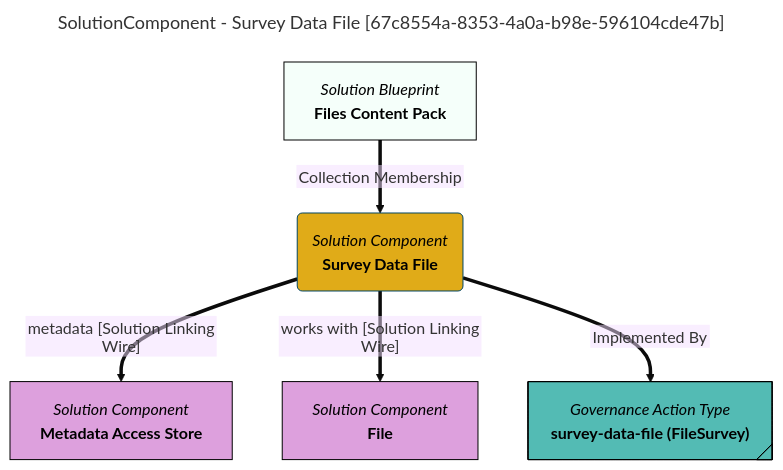
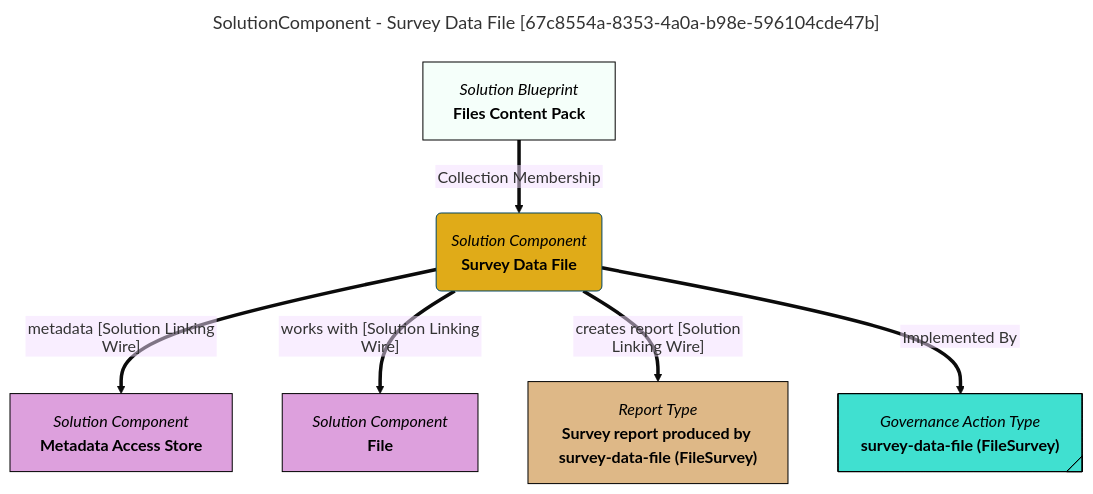
One commit to odpi/egeria-docs changed the diagram in site/snippets/blueprints/components/survey-data-file-mermaid-graph.md. Above: the diagram before and after it, drawn with Mermaid (base theme). The commit also changed 2201 other files, not shown here.

````diff
--- a/site/snippets/blueprints/components/survey-data-file-mermaid-graph.md
+++ b/site/snippets/blueprints/components/survey-data-file-mermaid-graph.md
@@ -1,30 +1,34 @@
 ```mermaid
 ---
 title: SolutionComponent - Survey Data File [67c8554a-8353-4a0a-b98e-596104cde47b]
 ---
 flowchart TD
 %%{init: {"flowchart": {"htmlLabels": false}} }%%
 
 1@{ shape: rounded, label: "*Solution Component*
 **Survey Data File**"}
 2@{ shape: rect, label: "*Solution Blueprint*
 **Files Content Pack**"}
 2==>|"Collection Membership"|1
 3@{ shape: rect, label: "*Solution Component*
 **Metadata Access Store**"}
 1==>|"metadata [Solution Linking Wire]"|3
 4@{ shape: rect, label: "*Solution Component*
 **File**"}
 1==>|"works with [Solution Linking Wire]"|4
-5@{ shape: tag-rect, label: "*Governance Action Type*
+5@{ shape: rect, label: "*Report Type*
+**Survey report produced by survey-data-file (FileSurvey)**"}
+1==>|"creates report [Solution Linking Wire]"|5
+6@{ shape: tag-rect, label: "*Governance Action Type*
 **survey-data-file (FileSurvey)**"}
-1==>|"Implemented By"|5
+1==>|"Implemented By"|6
 style 1 color:#000000, fill:#e0ab18, stroke:#004563
 style 2 color:#000000, fill:#f5fffa, stroke:#000000
-style 3 color:#000000, fill:#dda0dd, stroke:#000000
-style 4 color:#000000, fill:#dda0dd, stroke:#000000
-style 5 color:#000000, fill:#53bbb4, stroke:#000000
+style 3 color:#000000, fill:#DDA0DD, stroke:#000000
+style 4 color:#000000, fill:#DDA0DD, stroke:#000000
+style 5 color:#000000, fill:#DEB887, stroke:#000000
+style 6 color:#000000, fill:#40E0D0, stroke:#000000
 click 1 "https://egeria-project.org/concepts/governance-action-type/" "Click for more documentation" _blank
 click 3 "https://egeria-project.org/concepts/metadata-access-store/" "Click for more documentation" _blank
 click 4 "https://egeria-project.org/types/2/0220-Files-and-Folders/" "Click for more documentation" _blank
 ```
````
